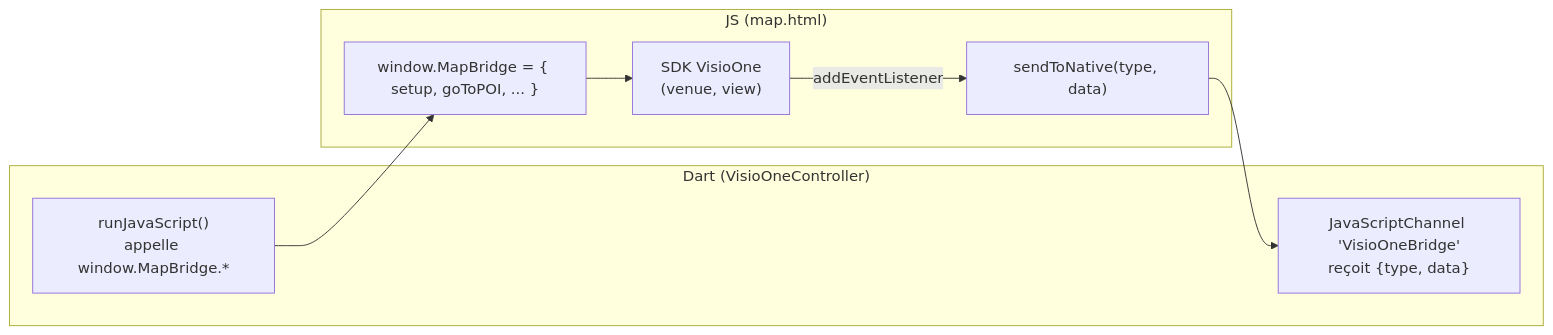
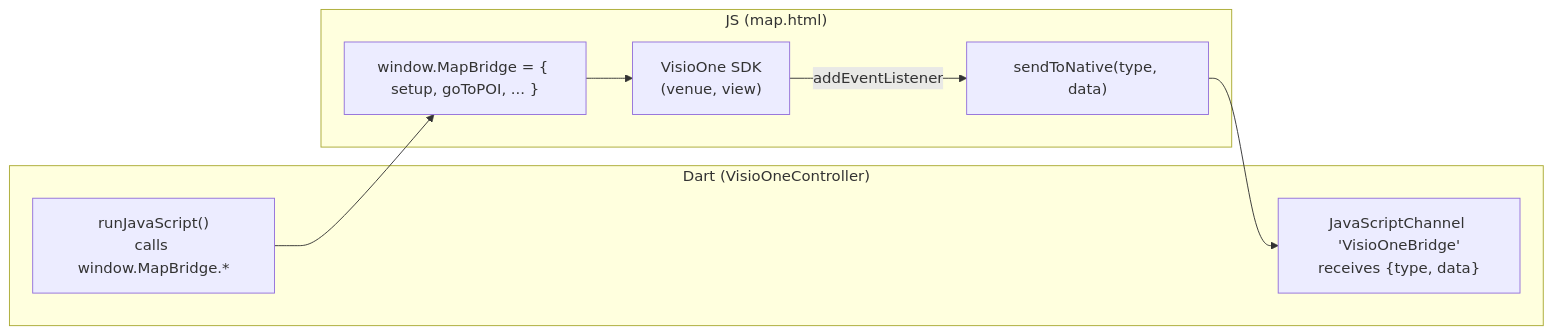
One commit to visioglobe-sas/VisioOneMeetFlutter changed the second of 3 diagrams in docs/ARCHITECTURE.md. Above: the diagram before and after it, drawn with Mermaid. The commit also changed other lines of this file and 24 other files, not shown here.

````diff
--- a/docs/ARCHITECTURE.md
+++ b/docs/ARCHITECTURE.md
@@ -47,15 +35,15 @@
 ```mermaid
 graph LR
-  subgraph Natif["Dart (VisioOneController)"]
-    N1["runJavaScript()<br/>appelle window.MapBridge.*"]
-    N2["JavaScriptChannel 'VisioOneBridge'<br/>reçoit {type, data}"]
+  subgraph Native["Dart (VisioOneController)"]
+    N1["runJavaScript()<br/>calls window.MapBridge.*"]
+    N2["JavaScriptChannel 'VisioOneBridge'<br/>receives {type, data}"]
   end
   subgraph Web["JS (map.html)"]
     J1["window.MapBridge = { setup, goToPOI, ... }"]
     J2["sendToNative(type, data)"]
-    SDK["SDK VisioOne<br/>(venue, view)"]
+    SDK["VisioOne SDK<br/>(venue, view)"]
   end
 
   N1 --> J1 --> SDK
   SDK -->|addEventListener| J2 --> N2
 ```
````
